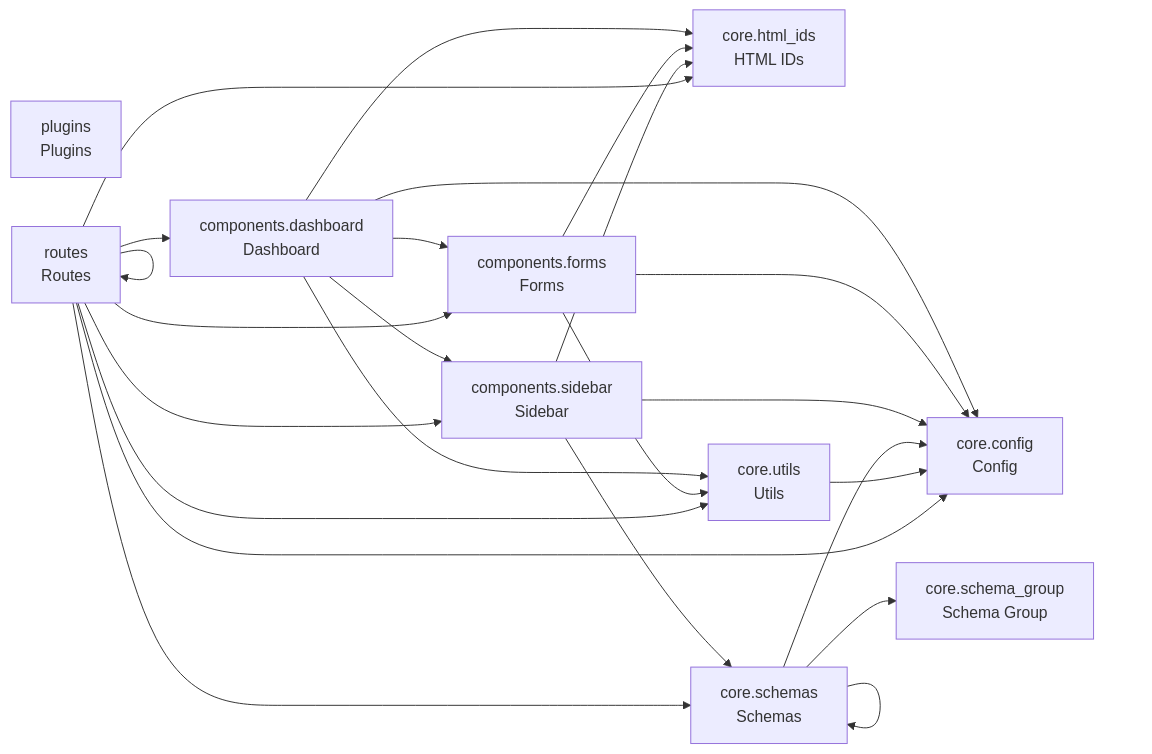
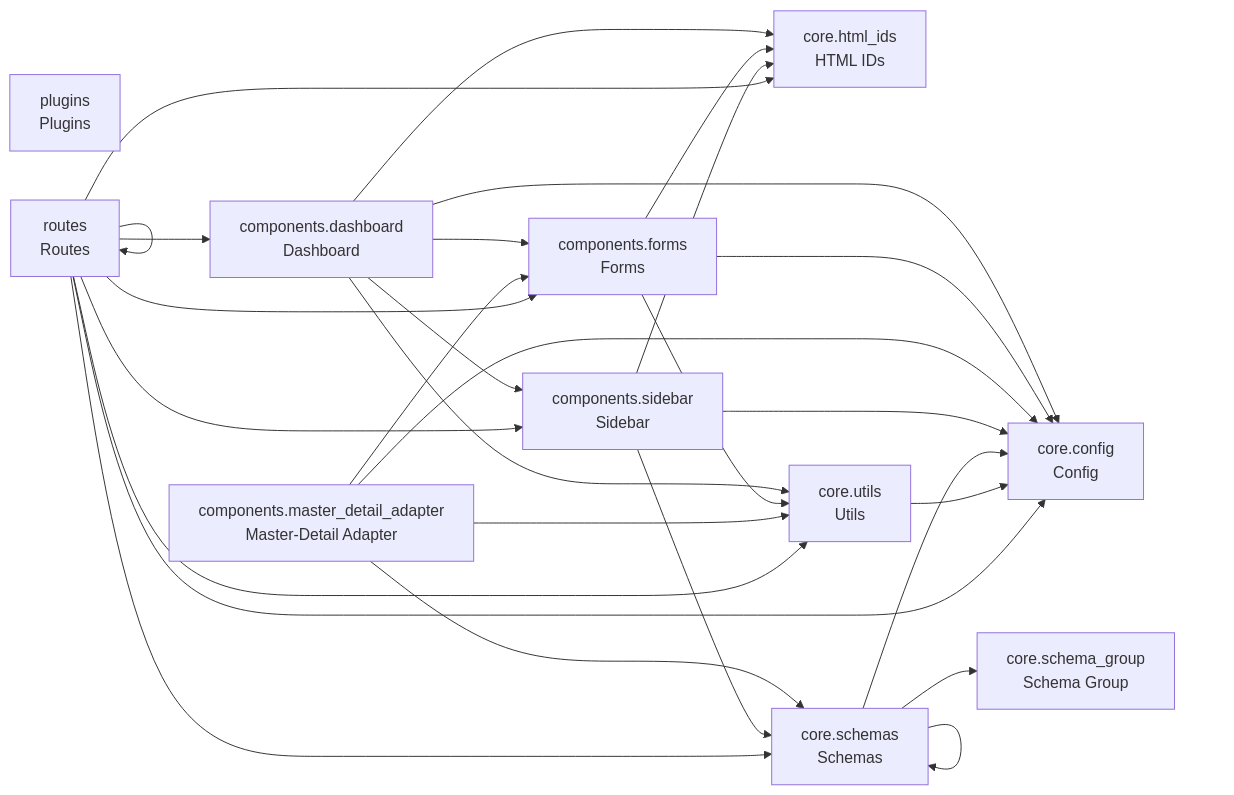
Before and after one commit to cj-mills/cjm-fasthtml-settings: the diagram in README.md, drawn with Mermaid. The commit also changed other lines of this file and 8 other files, not shown here.

Commit message:
Integrate MasterDetail pattern.

````diff
--- a/README.md
+++ b/README.md
@@ -32,37 +33,42 @@
 ``` mermaid
 graph LR
     components_dashboard[components.dashboard<br/>Dashboard]
     components_forms[components.forms<br/>Forms]
+    components_master_detail_adapter[components.master_detail_adapter<br/>Master-Detail Adapter]
     components_sidebar[components.sidebar<br/>Sidebar]
     core_config[core.config<br/>Config]
     core_html_ids[core.html_ids<br/>HTML IDs]
     core_schema_group[core.schema_group<br/>Schema Group]
     core_schemas[core.schemas<br/>Schemas]
     core_utils[core.utils<br/>Utils]
     plugins[plugins<br/>Plugins]
     routes[routes<br/>Routes]
 
+    components_dashboard --> components_sidebar
+    components_dashboard --> core_html_ids
+    components_dashboard --> core_config
     components_dashboard --> core_utils
-    components_dashboard --> components_sidebar
-    components_dashboard --> core_config
     components_dashboard --> components_forms
-    components_dashboard --> core_html_ids
+    components_forms --> core_html_ids
+    components_forms --> core_config
     components_forms --> core_utils
-    components_forms --> core_config
-    components_forms --> core_html_ids
+    components_master_detail_adapter --> core_schemas
+    components_master_detail_adapter --> core_config
+    components_master_detail_adapter --> core_utils
+    components_master_detail_adapter --> components_forms
+    components_sidebar --> core_html_ids
     components_sidebar --> core_schemas
     components_sidebar --> core_config
-    components_sidebar --> core_html_ids
-    core_schemas --> core_schema_group
     core_schemas --> core_config
     core_schemas --> core_schemas
+    core_schemas --> core_schema_group
     core_utils --> core_config
+    routes --> core_config
+    routes --> components_sidebar
+    routes --> core_html_ids
     routes --> components_dashboard
+    routes --> core_schemas
     routes --> core_utils
     routes --> routes
-    routes --> components_sidebar
-    routes --> core_config
     routes --> components_forms
-    routes --> core_html_ids
-    routes --> core_schemas
 ```
````
